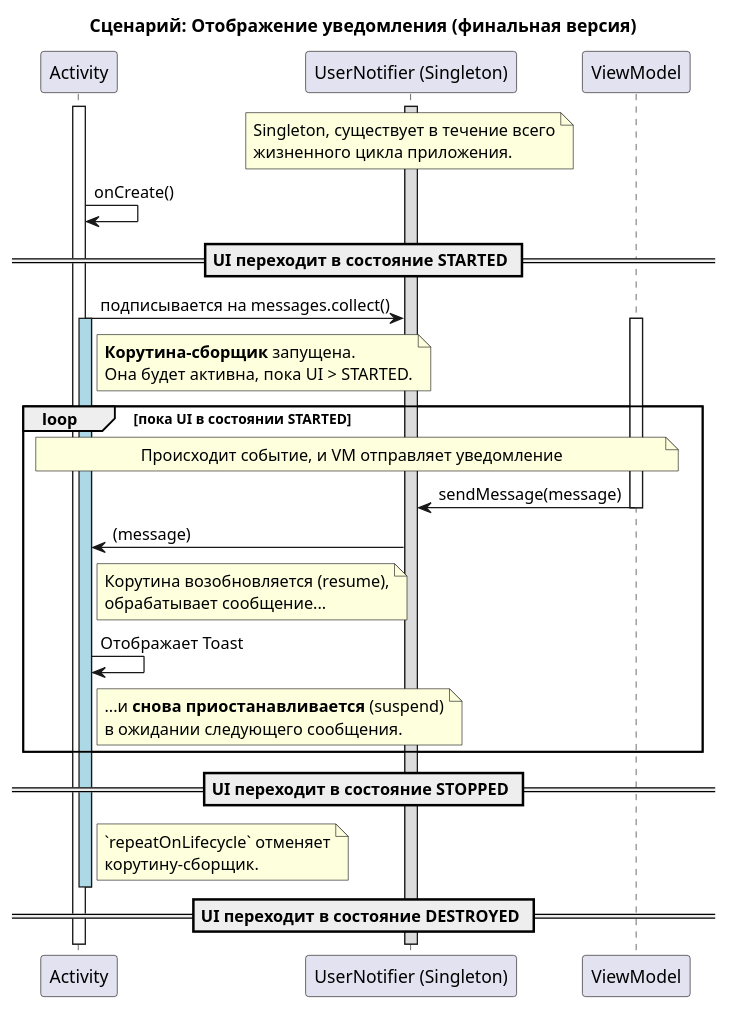
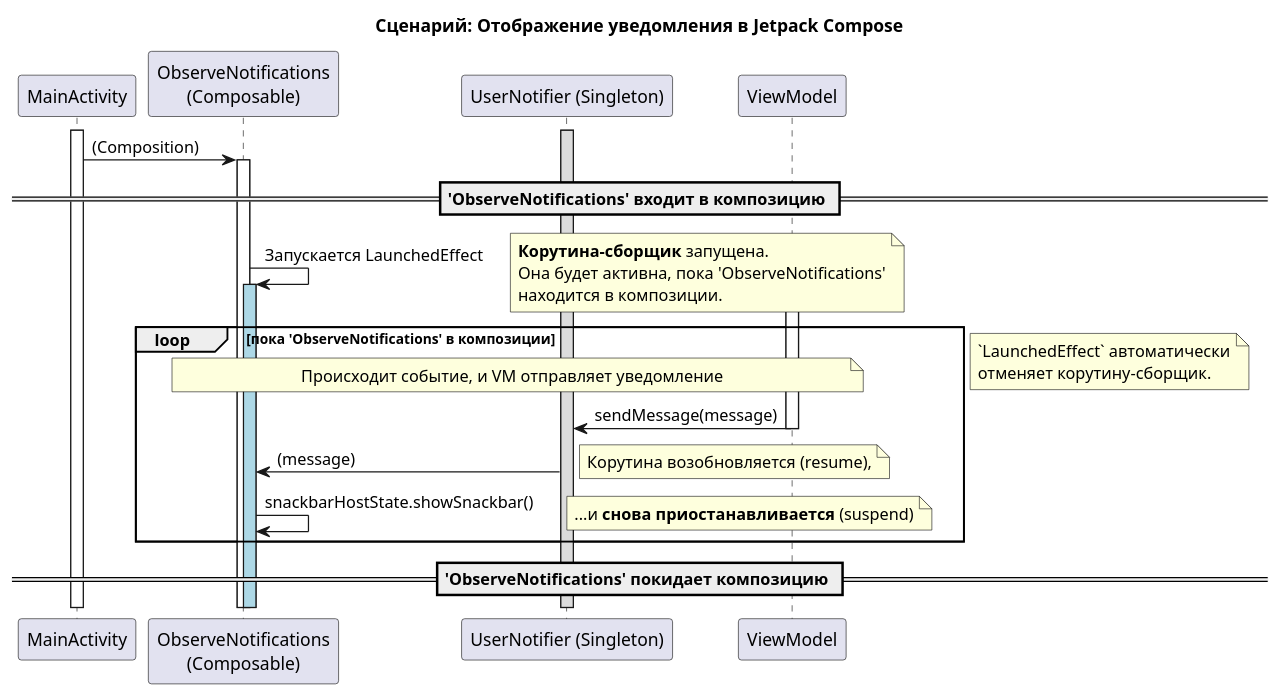
Before and after one commit to astrizhachuk/PianoFlow: the fourth of 5 diagrams in docs/ts/MIDI_NOTIFICATION.md, drawn with PlantUML. The commit also changed other lines of this file and 2 other files, not shown here.

Commit message:
docs: обновить документацию по уведомлениям для Jetpack Compose

````diff
--- a/docs/ts/MIDI_NOTIFICATION.md
+++ b/docs/ts/MIDI_NOTIFICATION.md
@@ -161,42 +162,43 @@
 ```plantuml
 @startuml
-title Сценарий: Отображение уведомления (финальная версия)
+title Сценарий: Отображение уведомления в Jetpack Compose
 
-participant "Activity" as UI
+participant "MainActivity" as UI
+participant "ObserveNotifications\n(Composable)" as Observer
 participant "UserNotifier (Singleton)" as Notifier
 participant "ViewModel" as VM
 
 activate Notifier #Gainsboro
-note over Notifier: Singleton, существует в течение всего\nжизненного цикла приложения.
 
 activate UI
-UI -> UI : onCreate()
+UI -> Observer : (Composition)
+activate Observer
 
-== UI переходит в состояние STARTED ==
-UI -> Notifier : подписывается на messages.collect()
-activate UI #LightBlue
-note right of UI: **Корутина-сборщик** запущена.\nОна будет активна, пока UI > STARTED.
+== 'ObserveNotifications' входит в композицию ==
+Observer -> Observer : Запускается LaunchedEffect
+activate Observer #LightBlue
+note right: **Корутина-сборщик** запущена.\nОна будет активна, пока 'ObserveNotifications'\nнаходится в композиции.
 
-loop пока UI в состоянии STARTED
+loop пока 'ObserveNotifications' в композиции
 
-    note over UI, VM : Происходит событие, и VM отправляет уведомление
+    note over Observer, VM : Происходит событие, и VM отправляет уведомление
     activate VM
     VM -> Notifier : sendMessage(message)
     deactivate VM
 
-    Notifier -> UI : (message)
-    note right of UI: Корутина возобновляется (resume),\nобрабатывает сообщение...
-    UI -> UI: Отображает Toast
-    note right of UI: ...и **снова приостанавливается** (suspend)\nв ожидании следующего сообщения.
+    Notifier -> Observer : (message)
+    note right: Корутина возобновляется (resume),
+    Observer -> Observer : snackbarHostState.showSnackbar()
+    note right: ...и **снова приостанавливается** (suspend)
 
 end
 
-== UI переходит в состояние STOPPED ==
-note right of UI: `repeatOnLifecycle` отменяет\nкорутину-сборщик.
-deactivate UI #LightBlue
+== 'ObserveNotifications' покидает композицию ==
+note right: `LaunchedEffect` автоматически\nотменяет корутину-сборщик.
+deactivate Observer #LightBlue
 
-== UI переходит в состояние DESTROYED ==
+deactivate Observer
 deactivate UI
 deactivate Notifier
 @enduml
 ```
````
